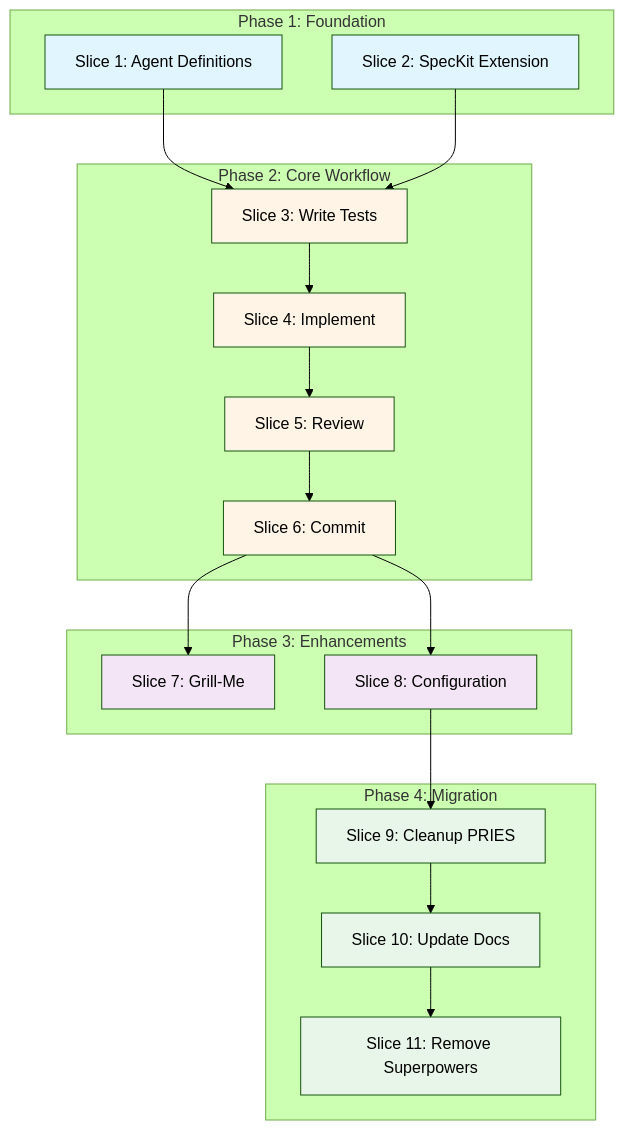
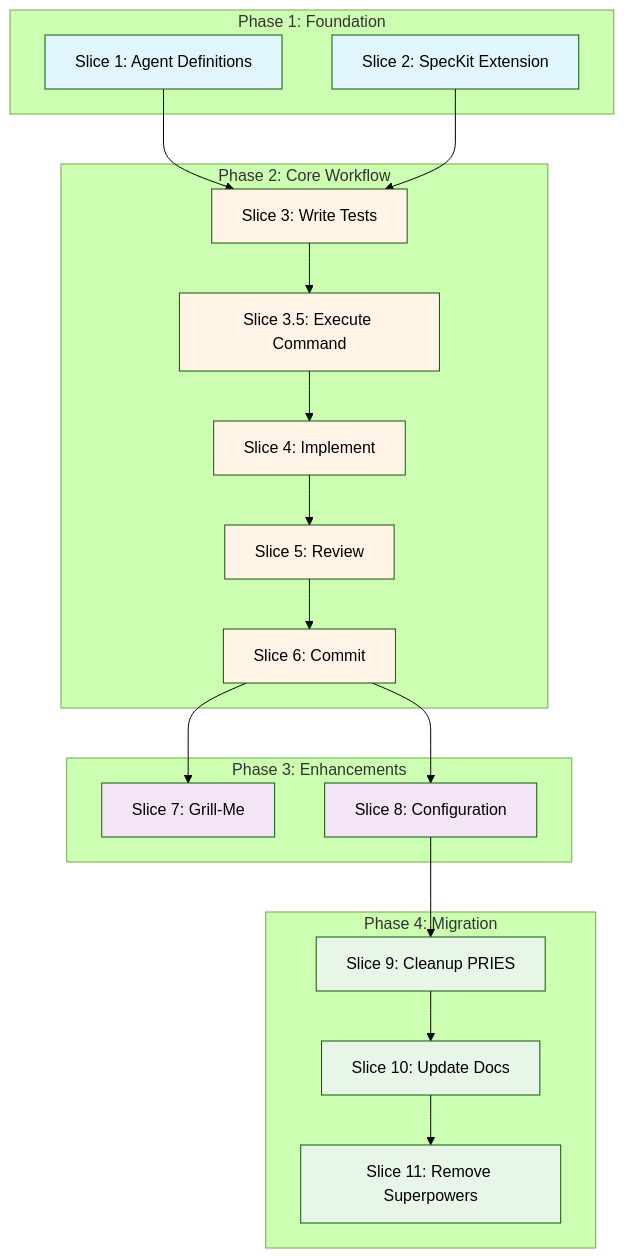
The diagram in docs/plans/ROADMAP-Multi-Agent-TDD.md (mer0mingian/my-harness), drawn with Mermaid (forest theme) before and after one commit. The commit also changed other lines of this file, not shown here.

First line of the commit message:
docs(roadmap): integrate Slice 3.5 Execute Command into v1.1

````diff
--- a/docs/plans/ROADMAP-Multi-Agent-TDD.md
+++ b/docs/plans/ROADMAP-Multi-Agent-TDD.md
@@ -33,48 +35,51 @@
 ```mermaid
 graph TD
     subgraph Phase 1: Foundation
         S1[Slice 1: Agent Definitions]
         S2[Slice 2: SpecKit Extension]
     end
     
     subgraph Phase 2: Core Workflow
         S3[Slice 3: Write Tests]
+        S3.5[Slice 3.5: Execute Command]
         S4[Slice 4: Implement]
         S5[Slice 5: Review]
         S6[Slice 6: Commit]
     end
     
     subgraph Phase 3: Enhancements
         S7[Slice 7: Grill-Me]
         S8[Slice 8: Configuration]
     end
     
     subgraph Phase 4: Migration
         S9[Slice 9: Cleanup PRIES]
         S10[Slice 10: Update Docs]
         S11[Slice 11: Remove Superpowers]
     end
     
     S1 --> S3
     S2 --> S3
-    S3 --> S4
+    S3 --> S3.5
+    S3.5 --> S4
     S4 --> S5
     S5 --> S6
     S6 --> S7
     S6 --> S8
     S8 --> S9
     S9 --> S10
     S10 --> S11
     
     style S1 fill:#e1f5ff
     style S2 fill:#e1f5ff
     style S3 fill:#fff4e6
+    style S3.5 fill:#fff4e6
     style S4 fill:#fff4e6
     style S5 fill:#fff4e6
     style S6 fill:#fff4e6
     style S7 fill:#f3e5f5
     style S8 fill:#f3e5f5
     style S9 fill:#e8f5e9
     style S10 fill:#e8f5e9
     style S11 fill:#e8f5e9
 ```
````
